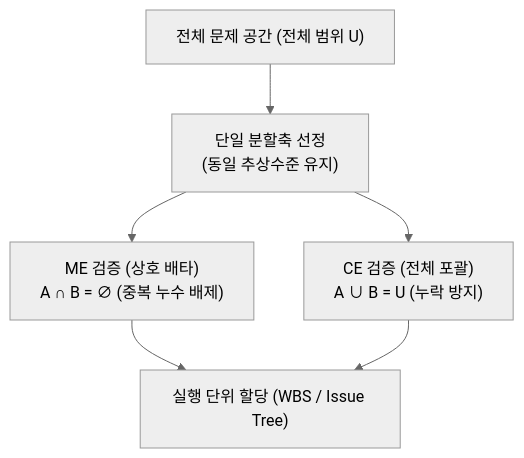
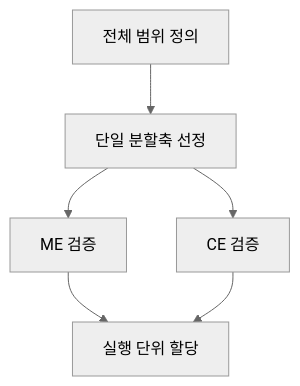
Before and after one commit to agnusdei1207/study: the first of 4 diagrams in src/content/docs/notes/itpe/01-it-strategy/045_mece.md, drawn with Mermaid (neutral theme). The commit also changed other lines of this file and 19 other files, not shown here.

````diff
--- a/src/content/docs/notes/itpe/01-it-strategy/045_mece.md
+++ b/src/content/docs/notes/itpe/01-it-strategy/045_mece.md
@@ -56,8 +56,8 @@
 ```mermaid
 flowchart TD
-    U["전체 문제 공간 (전체 범위 U)"] --> S1["단일 분할축 선정<br/>(동일 추상수준 유지)"]
-    S1 --> ME["ME 검증 (상호 배타)<br/>A ∩ B = ∅ (중복 누수 배제)"]
-    S1 --> CE["CE 검증 (전체 포괄)<br/>A ∪ B = U (누락 방지)"]
-    ME --> R["실행 단위 할당 (WBS / Issue Tree)"]
+    U["전체 범위 정의"] --> S1["단일 분할축 선정"]
+    S1 --> ME["ME 검증"]
+    S1 --> CE["CE 검증"]
+    ME --> R["실행 단위 할당"]
     CE --> R
 ```
````
